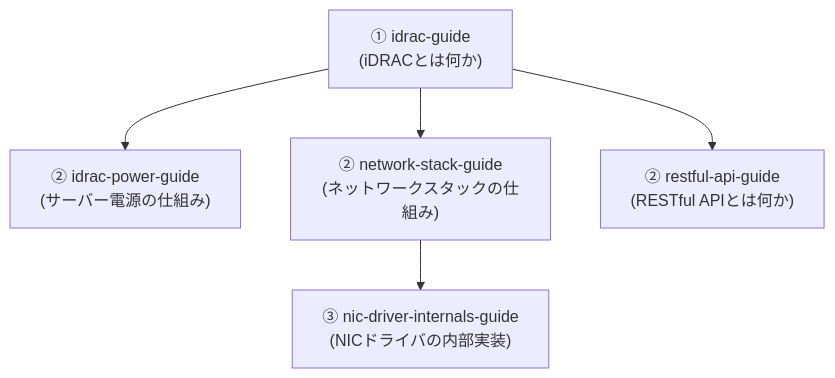
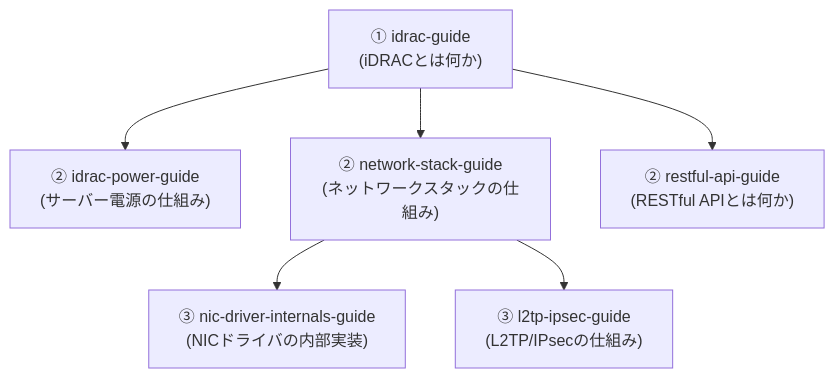
Before and after one commit to koikoi1998/koikoi-blog-20260723: the diagram in src/pages/sitemap.md, drawn with Mermaid. The commit also changed other lines of this file and 1 other file, not shown here.

````diff
--- a/src/pages/sitemap.md
+++ b/src/pages/sitemap.md
@@ -20,13 +20,15 @@
 ```mermaid
 graph TB
     Idrac["① idrac-guide<br/>(iDRACとは何か)"]
     Power["② idrac-power-guide<br/>(サーバー電源の仕組み)"]
     Net["② network-stack-guide<br/>(ネットワークスタックの仕組み)"]
     Api["② restful-api-guide<br/>(RESTful APIとは何か)"]
     Nic["③ nic-driver-internals-guide<br/>(NICドライバの内部実装)"]
+    L2tp["③ l2tp-ipsec-guide<br/>(L2TP/IPsecの仕組み)"]
 
     Idrac --> Power
     Idrac --> Net
     Idrac --> Api
     Net --> Nic
+    Net --> L2tp
 ```
````
